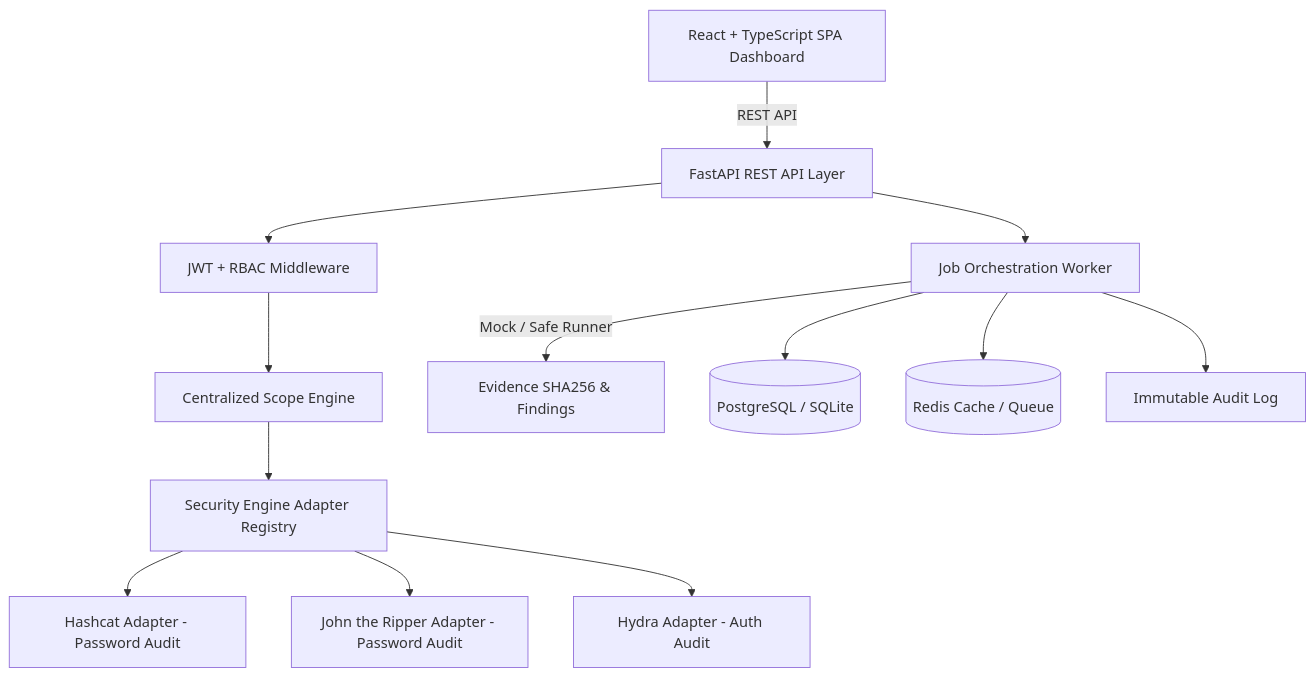
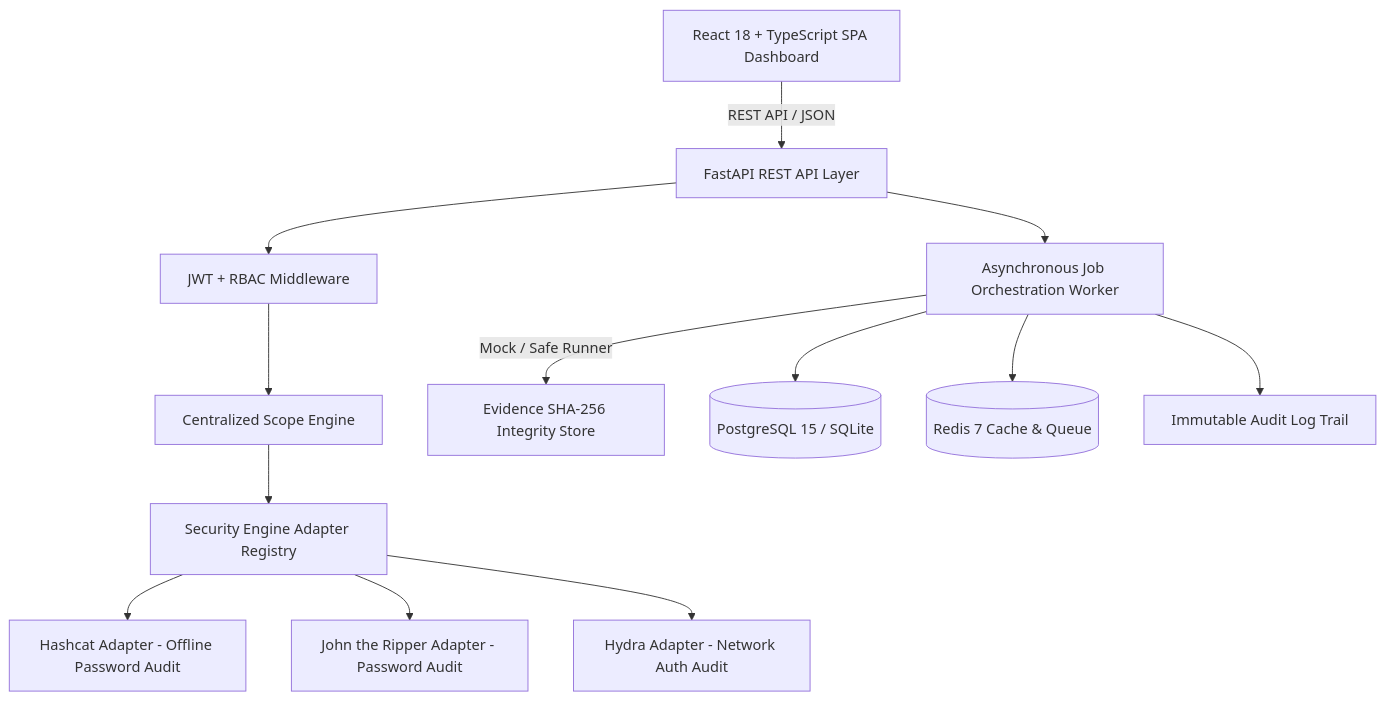
One commit to darshith47/aegisaudit changed the second of 2 diagrams in README.md. Above: the diagram before and after it, drawn with Mermaid. The commit also changed other lines of this file and 58 other files, not shown here.

````diff
--- a/README.md
+++ b/README.md
@@ -58,18 +85,18 @@
 ```mermaid
 graph TD
-    ReactUI[React + TypeScript SPA Dashboard] -->|REST API| FastAPI[FastAPI REST API Layer]
+    ReactUI[React 18 + TypeScript SPA Dashboard] -->|REST API / JSON| FastAPI[FastAPI REST API Layer]
     FastAPI --> Auth[JWT + RBAC Middleware]
     Auth --> ScopeEngine[Centralized Scope Engine]
     ScopeEngine --> EngineRegistry[Security Engine Adapter Registry]
     
-    EngineRegistry --> HashcatAdapter[Hashcat Adapter - Password Audit]
+    EngineRegistry --> HashcatAdapter[Hashcat Adapter - Offline Password Audit]
     EngineRegistry --> JohnAdapter[John the Ripper Adapter - Password Audit]
-    EngineRegistry --> HydraAdapter[Hydra Adapter - Auth Audit]
+    EngineRegistry --> HydraAdapter[Hydra Adapter - Network Auth Audit]
     
-    FastAPI --> Worker[Job Orchestration Worker]
-    Worker -->|Mock / Safe Runner| EvidenceStore[Evidence SHA256 & Findings]
+    FastAPI --> Worker[Asynchronous Job Orchestration Worker]
+    Worker -->|Mock / Safe Runner| EvidenceStore[Evidence SHA-256 Integrity Store]
     
-    Worker --> DB[(PostgreSQL / SQLite)]
-    Worker --> Redis[(Redis Cache / Queue)]
-    Worker --> Audit[Immutable Audit Log]
+    Worker --> DB[(PostgreSQL 15 / SQLite)]
+    Worker --> Redis[(Redis 7 Cache & Queue)]
+    Worker --> Audit[Immutable Audit Log Trail]
 ```
````
